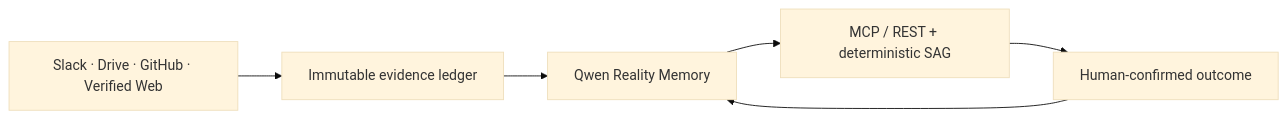
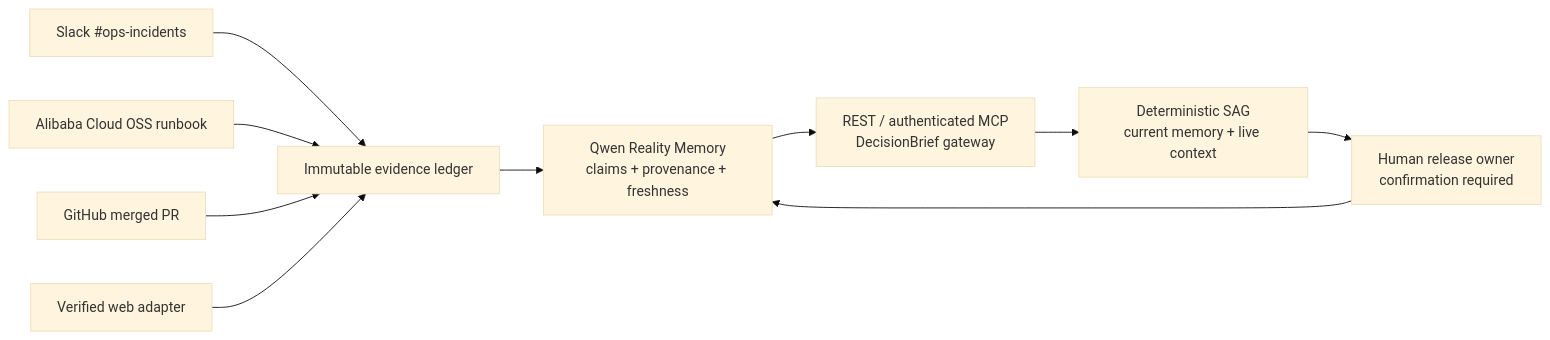
The diagram in HACKATHON_WRITEUP.md (BoBbY-dev-0099/company-brain), drawn with Mermaid (base theme) before and after one commit. The commit also changed other lines of this file and 7 other files, not shown here.

````diff
--- a/HACKATHON_WRITEUP.md
+++ b/HACKATHON_WRITEUP.md
@@ -32,8 +91,12 @@
-```mermaid
+~~~mermaid
 flowchart LR
-  S[Slack · Drive · GitHub · Verified Web] --> E[Immutable evidence ledger]
-  E --> Q[Qwen Reality Memory]
-  Q --> G[MCP / REST + deterministic SAG]
-  G --> H[Human-confirmed outcome]
+  S["Slack #ops-incidents"] --> L["Immutable evidence ledger"]
+  O["Alibaba Cloud OSS runbook"] --> L
+  G["GitHub merged PR"] --> L
+  W["Verified web adapter"] --> L
+  L --> Q["Qwen Reality Memory\nclaims + provenance + freshness"]
+  Q --> R["REST / authenticated MCP\nDecisionBrief gateway"]
+  R --> A["Deterministic SAG\ncurrent memory + live context"]
+  A --> H["Human release owner\nconfirmation required"]
   H --> Q
-```
+~~~
````
